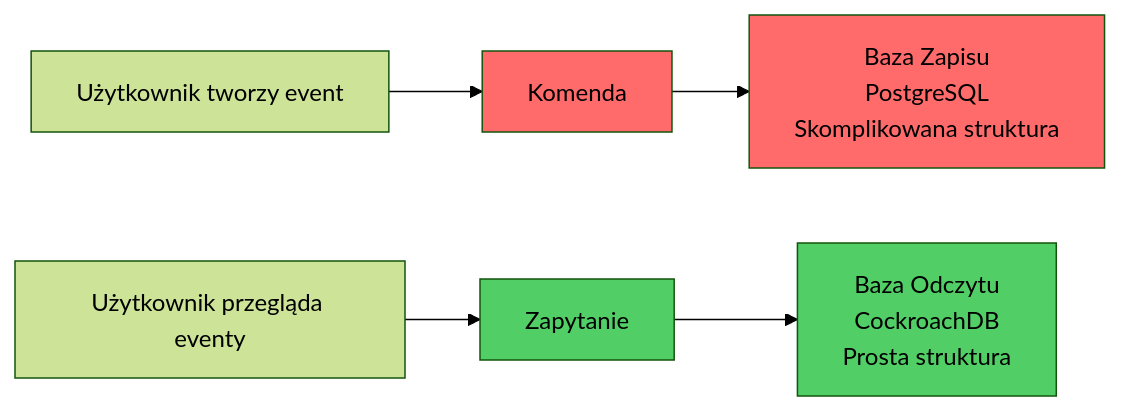
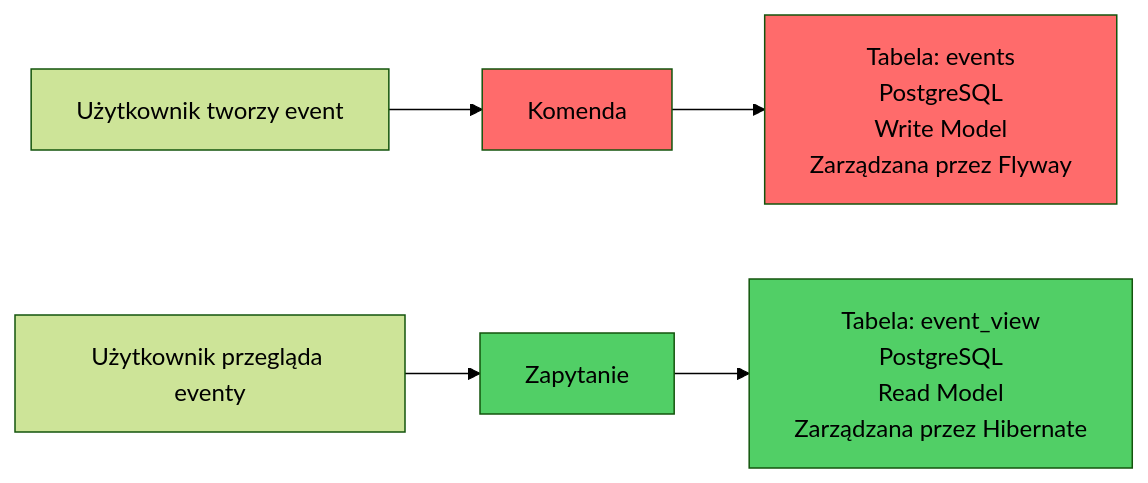
The first of 15 diagrams in ARCHITEKTURA_SZCZEGOLOWA.md (luksus-pfsw/nuxt-learn), drawn with Mermaid (forest theme) before and after one commit. The commit also changed other lines of this file and 10 other files, not shown here.

````diff
--- a/ARCHITEKTURA_SZCZEGOLOWA.md
+++ b/ARCHITEKTURA_SZCZEGOLOWA.md
@@ -73,13 +77,13 @@
 ```mermaid
 graph LR
     A[Użytkownik tworzy event] --> B[Komenda]
     C[Użytkownik przegląda eventy] --> D[Zapytanie]
     
-    B --> E[Baza Zapisu<br/>PostgreSQL<br/>Skomplikowana struktura]
-    D --> F[Baza Odczytu<br/>CockroachDB<br/>Prosta struktura]
+    B --> E[Tabela: events<br/>PostgreSQL<br/>Write Model<br/>Zarządzana przez Flyway]
+    D --> F[Tabela: event_view<br/>PostgreSQL<br/>Read Model<br/>Zarządzana przez Hibernate]
     
     style B fill:#ff6b6b
     style D fill:#51cf66
     style E fill:#ff6b6b
     style F fill:#51cf66
 ```
````
